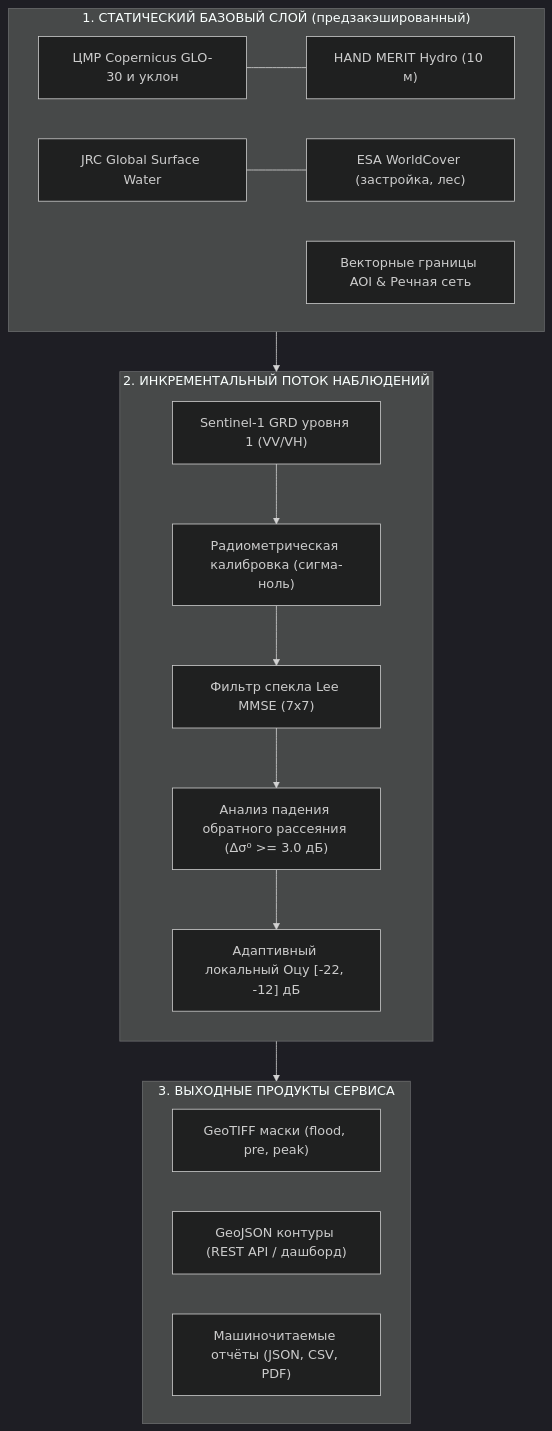
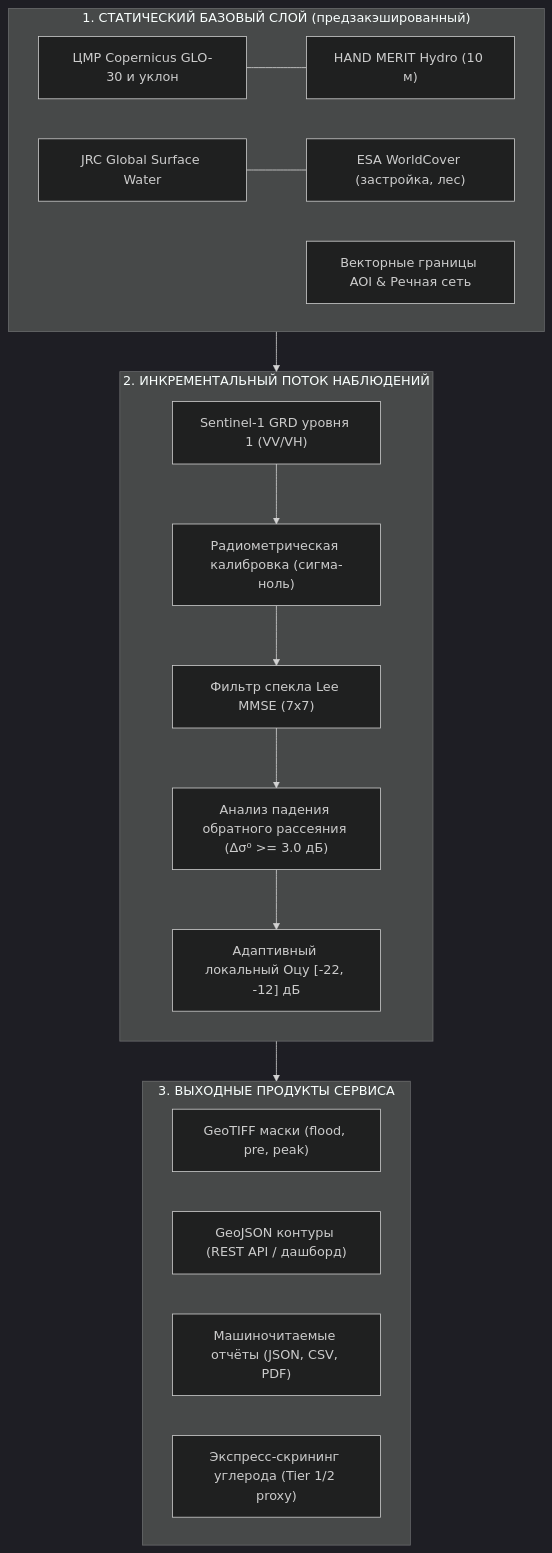
Before and after one commit to p4ulbr4dl3y/cosmohack-hydro-2026: the second of 4 diagrams in REPORT.md, drawn with Mermaid (dark theme). The commit also changed other lines of this file and 8 other files, not shown here.

````diff
--- a/REPORT.md
+++ b/REPORT.md
@@ -73,27 +73,28 @@
 ```mermaid
 flowchart TD
     subgraph S1["1. СТАТИЧЕСКИЙ БАЗОВЫЙ СЛОЙ (предзакэшированный)"]
         direction LR
         S1A["ЦМР Copernicus GLO-30 и уклон"] --- S1B["HAND MERIT Hydro (10 м)"]
         S1C["JRC Global Surface Water"] --- S1D["ESA WorldCover (застройка, лес)"]
         S1E["Векторные границы AOI & Речная сеть"]
     end
 
     subgraph S2["2. ИНКРЕМЕНТАЛЬНЫЙ ПОТОК НАБЛЮДЕНИЙ"]
         direction TB
         S2A["Sentinel-1 GRD уровня 1 (VV/VH)"] --> S2B["Радиометрическая калибровка (сигма-ноль)"]
         S2B --> S2C["Фильтр спекла Lee MMSE (7x7)"]
         S2C --> S2D["Анализ падения обратного рассеяния (Δσ⁰ >= 3.0 дБ)"]
         S2D --> S2E["Адаптивный локальный Оцу [-22, -12] дБ"]
     end
 
     subgraph S3["3. ВЫХОДНЫЕ ПРОДУКТЫ СЕРВИСА"]
         direction LR
         S3A["GeoTIFF маски (flood, pre, peak)"]
         S3B["GeoJSON контуры (REST API / дашборд)"]
         S3C["Машиночитаемые отчёты (JSON, CSV, PDF)"]
+        S3D["Экспресс-скрининг углерода (Tier 1/2 proxy)"]
     end
 
     S1 --> S2
     S2 --> S3
 ```
````
